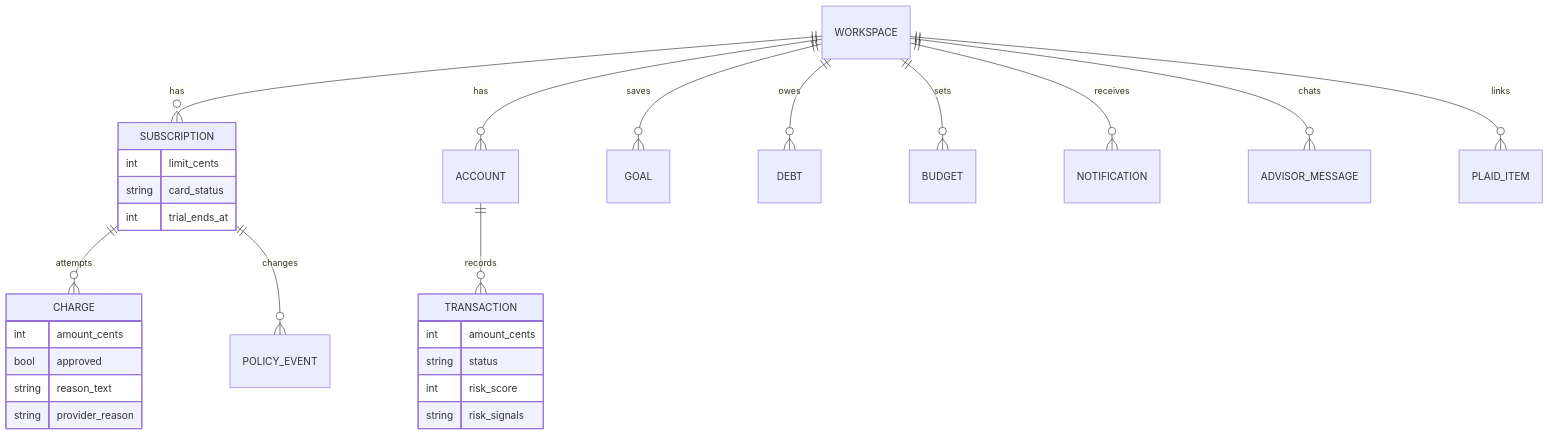
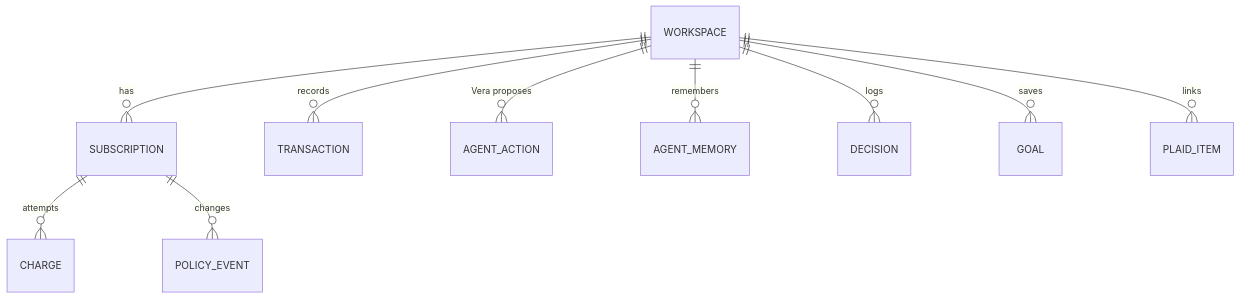
The sixth of 6 diagrams in README.md (mian-abd/verafund), drawn with Mermaid before and after one commit. The commit also changed other lines of this file, not shown here.

Commit message:
README: diagrams first (how it works, Vera's confirm flow, phone calls, architecture, Jetson), current features

````diff
--- a/README.md
+++ b/README.md
@@ -149,31 +175,12 @@
 ```mermaid
 erDiagram
   WORKSPACE ||--o{ SUBSCRIPTION : has
-  SUBSCRIPTION ||--o{ CHARGE : "attempts"
-  SUBSCRIPTION ||--o{ POLICY_EVENT : "changes"
-  WORKSPACE ||--o{ ACCOUNT : has
-  ACCOUNT ||--o{ TRANSACTION : records
+  SUBSCRIPTION ||--o{ CHARGE : attempts
+  SUBSCRIPTION ||--o{ POLICY_EVENT : changes
+  WORKSPACE ||--o{ TRANSACTION : records
+  WORKSPACE ||--o{ AGENT_ACTION : "Vera proposes"
+  WORKSPACE ||--o{ AGENT_MEMORY : remembers
+  WORKSPACE ||--o{ DECISION : logs
   WORKSPACE ||--o{ GOAL : saves
-  WORKSPACE ||--o{ DEBT : owes
-  WORKSPACE ||--o{ BUDGET : sets
-  WORKSPACE ||--o{ NOTIFICATION : receives
-  WORKSPACE ||--o{ ADVISOR_MESSAGE : "chats"
   WORKSPACE ||--o{ PLAID_ITEM : links
-  SUBSCRIPTION {
-    int limit_cents
-    string card_status
-    int trial_ends_at
-  }
-  CHARGE {
-    int amount_cents
-    bool approved
-    string reason_text
-    string provider_reason
-  }
-  TRANSACTION {
-    int amount_cents
-    string status
-    int risk_score
-    string risk_signals
-  }
 ```
````
